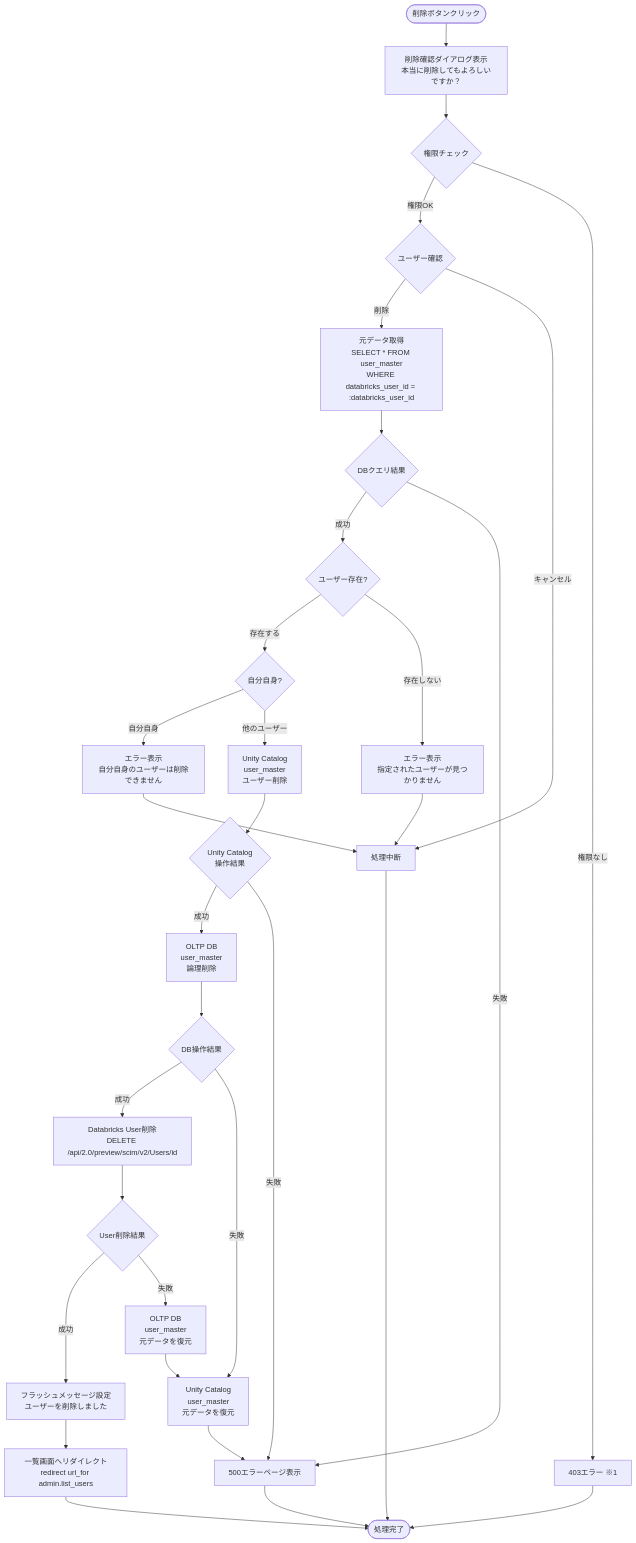
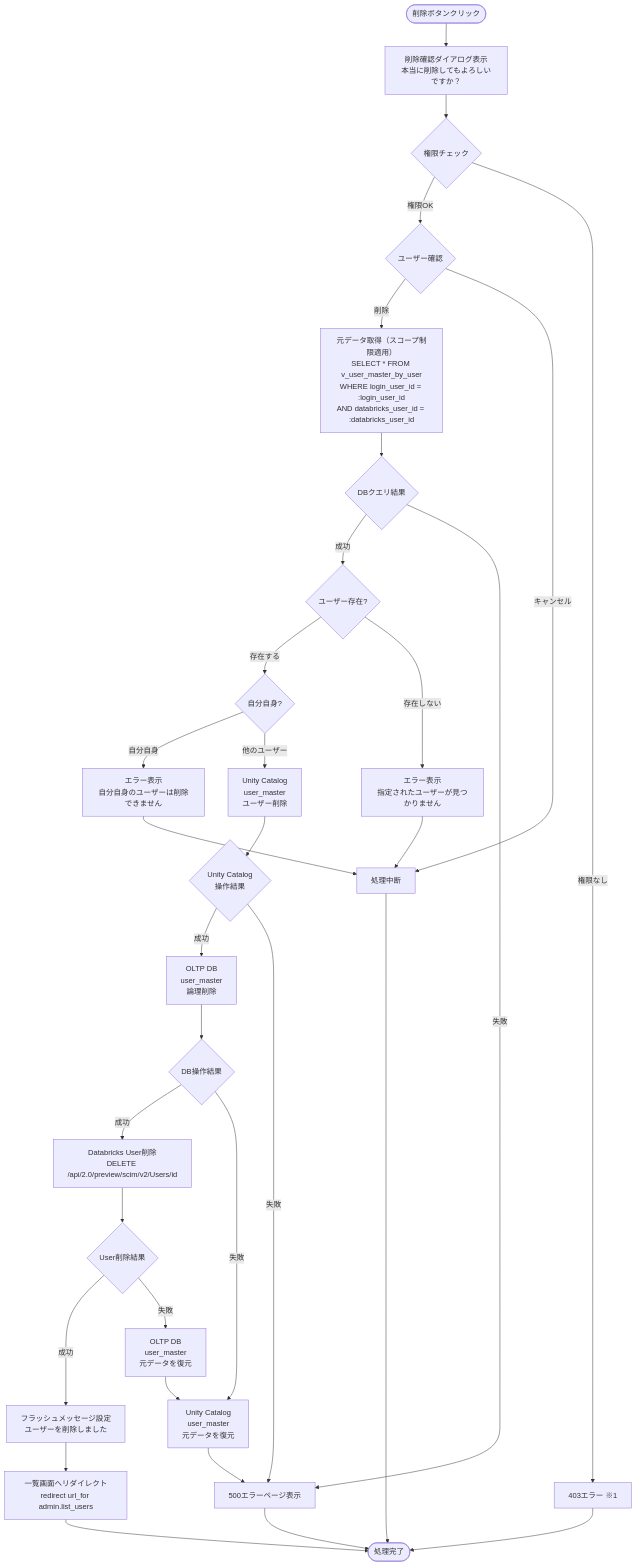
The eighth of 8 diagrams in docs/03-features/flask-app/users/workflow-specification.md (NSW-SVCP-AIWG002/Databricks-IoT), drawn with Mermaid before and after one commit. The commit also changed other lines of this file, not shown here.

````diff
--- a/docs/03-features/flask-app/users/workflow-specification.md
+++ b/docs/03-features/flask-app/users/workflow-specification.md
@@ -1700,48 +1647,48 @@
 ```mermaid
 flowchart TD
     Start([削除ボタンクリック]) --> Confirm[削除確認ダイアログ表示<br>本当に削除してもよろしいですか？]
     Confirm --> CheckAuth{権限チェック}
 
     CheckAuth -->|権限OK| ConfirmResult{ユーザー確認}
     CheckAuth -->|権限なし| Error403[403エラー ※1]
 
-    ConfirmResult -->|削除| GetOriginal[元データ取得<br>SELECT * FROM user_master<br>WHERE databricks_user_id = :databricks_user_id]
+    ConfirmResult -->|削除| GetOriginal[元データ取得（スコープ制限適用）<br>SELECT * FROM v_user_master_by_user<br>WHERE login_user_id = :login_user_id<br>AND databricks_user_id = :databricks_user_id]
     ConfirmResult -->|キャンセル| ValidEnd[処理中断]
 
     GetOriginal --> CheckDB1{DBクエリ結果}
 
     CheckDB1 -->|成功| CheckResult1{ユーザー存在?}
     CheckDB1 -->|失敗| Error500[500エラーページ表示]
 
     CheckResult1 -->|存在する| CheckSelf{自分自身?}
     CheckResult1 -->|存在しない| NotFoundError[エラー表示<br>指定されたユーザーが見つかりません]
     NotFoundError --> ValidEnd
 
     CheckSelf -->|自分自身| SelfDeleteError[エラー表示<br>自分自身のユーザーは削除できません]
     SelfDeleteError --> ValidEnd
 
     CheckSelf -->|他のユーザー| DeleteUC[Unity Catalog<br>user_master<br>ユーザー削除]
     DeleteUC --> CheckUC{Unity Catalog<br>操作結果}
 
     CheckUC -->|成功| DeleteDBMstr[OLTP DB<br>user_master<br>論理削除]
     CheckUC -->|失敗| Error500
 
     DeleteDBMstr --> CheckDBMstr{DB操作結果}
 
     CheckDBMstr -->|成功| DeleteDbxUser[Databricks User削除<br>DELETE /api/2.0/preview/scim/v2/Users/id]
     CheckDBMstr -->|失敗| RollbackUC[Unity Catalog<br>user_master<br>元データを復元]
     RollbackUC --> Error500
 
     DeleteDbxUser --> DeleteDbxUserResult{User削除結果}
 
     DeleteDbxUserResult -->|成功| Flash[フラッシュメッセージ設定<br>ユーザーを削除しました]
     DeleteDbxUserResult -->|失敗| RollbackDBMstr[OLTP DB<br>user_master<br>元データを復元]
     RollbackDBMstr --> RollbackUC
 
     Flash --> Redirect[一覧画面へリダイレクト<br>redirect url_for admin.list_users]
     Redirect --> End([処理完了])
 
     ValidEnd --> End
     Error500 --> End
     Error403 --> End
 ```
````
